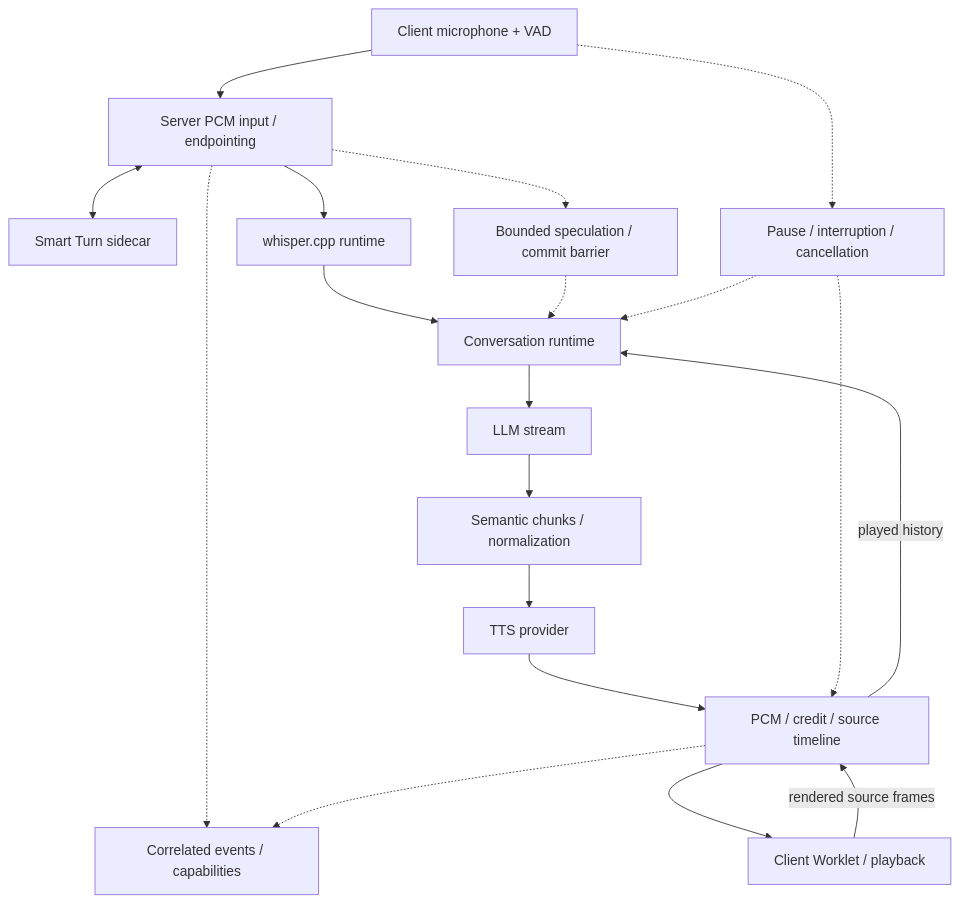
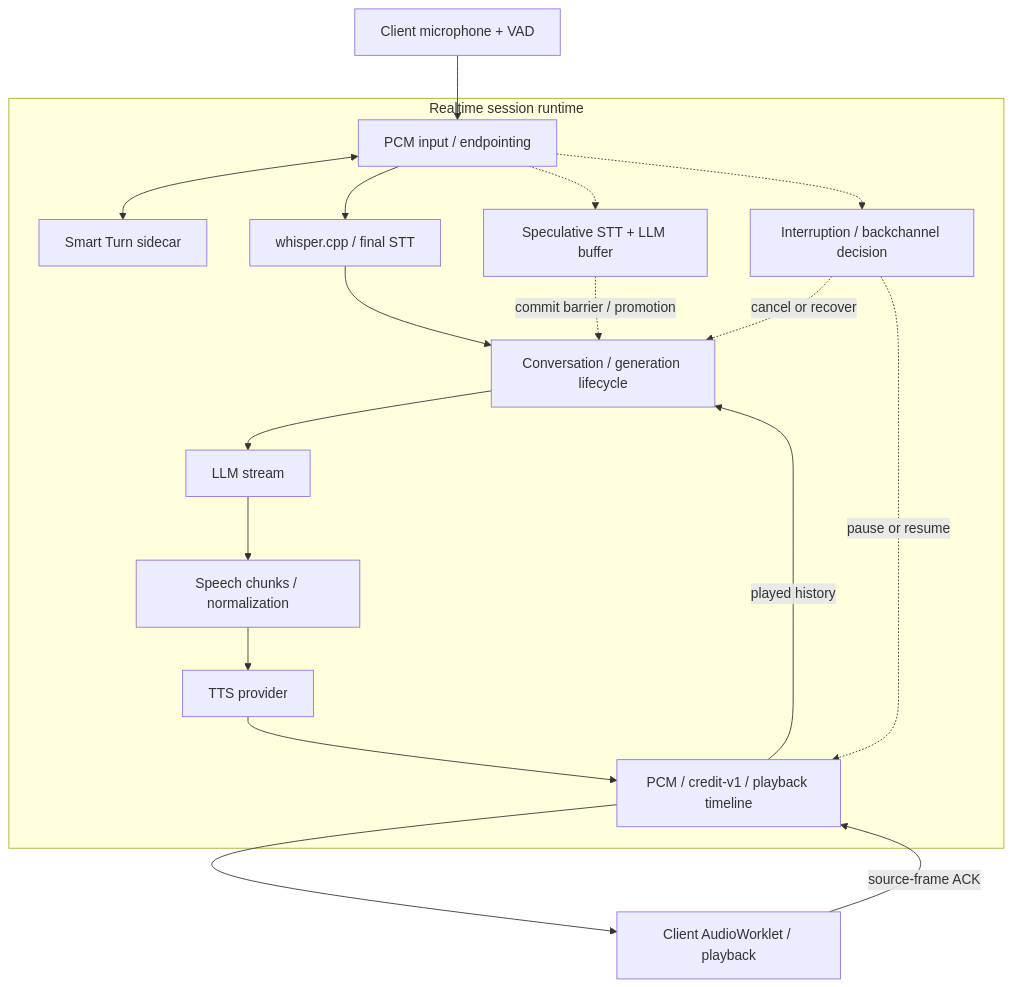
One commit to uthuyomi/yukkuri-realtime-engine changed the diagram in README.md. Above: the diagram before and after it, drawn with Mermaid. The commit also changed other lines of this file and 1 other file, not shown here.

````diff
--- a/README.md
+++ b/README.md
@@ -25,21 +34,21 @@
 ```mermaid
 flowchart TD
-  Mic[Client microphone + VAD] --> Input[Server PCM input / endpointing]
-  Input <--> Turn[Smart Turn sidecar]
-  Input --> STT[whisper.cpp runtime]
-  STT --> Conv[Conversation runtime]
-  Conv --> LLM[LLM stream]
-  LLM --> Speech[Semantic chunks / normalization]
-  Speech --> TTS[TTS provider]
-  TTS --> PCM[PCM / credit / source timeline]
-  PCM --> Player[Client Worklet / playback]
-  Player -->|rendered source frames| PCM
+  Mic["Client microphone + VAD"] --> Input
+  subgraph Runtime["Realtime session runtime"]
+    Input["PCM input / endpointing"] <--> Turn["Smart Turn sidecar"]
+    Input --> STT["whisper.cpp / final STT"]
+    STT --> Conv["Conversation / generation lifecycle"]
+    Conv --> LLM["LLM stream"]
+    LLM --> Speech["Speech chunks / normalization"]
+    Speech --> TTS["TTS provider"]
+    TTS --> PCM["PCM / credit-v1 / playback timeline"]
+    Input -.-> Spec["Speculative STT + LLM buffer"]
+    Spec -.->|commit barrier / promotion| Conv
+    Input -.-> Interrupt["Interruption / backchannel decision"]
+    Interrupt -.->|cancel or recover| Conv
+    Interrupt -.->|pause or resume| PCM
+  end
+  PCM --> Player["Client AudioWorklet / playback"]
+  Player -->|source-frame ACK| PCM
   PCM -->|played history| Conv
-  Input -.-> Spec[Bounded speculation / commit barrier]
-  Spec -.-> Conv
-  Mic -.-> Interrupt[Pause / interruption / cancellation]
-  Interrupt -.-> PCM
-  Interrupt -.-> Conv
-  Input -.-> Events[Correlated events / capabilities]
-  PCM -.-> Events
 ```
````
